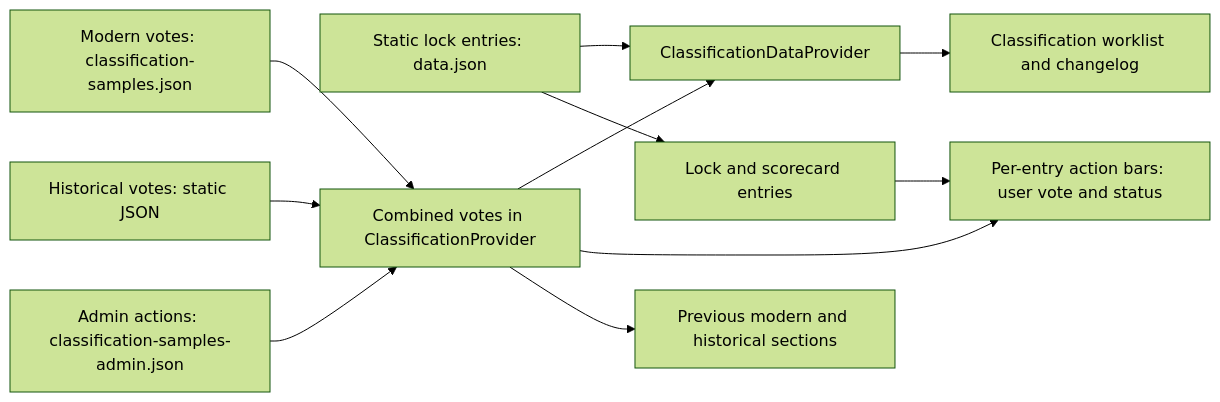
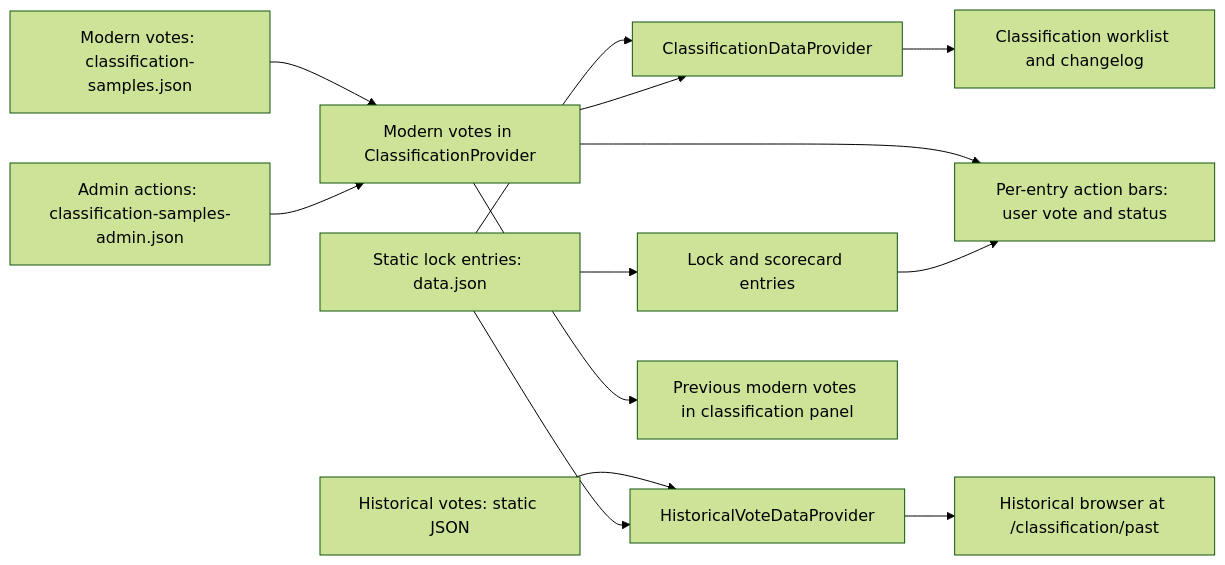
The diagram in internal-docs/classification-functionality-overview.md (Lockpickers-United/lpu-belt-explorer), drawn with Mermaid (forest theme) before and after one commit. The commit also changed other lines of this file and 19 other files, not shown here.

Commit message:
Historical Vote route, split off historical data

````diff
--- a/internal-docs/classification-functionality-overview.md
+++ b/internal-docs/classification-functionality-overview.md
@@ -28,13 +28,15 @@
 ```mermaid
 flowchart LR
     L[Static lock entries: data.json] --> C[ClassificationDataProvider]
-    V[Modern votes: classification-samples.json] --> P[Combined votes in ClassificationProvider]
-    H[Historical votes: static JSON] --> P
+    V[Modern votes: classification-samples.json] --> P[Modern votes in ClassificationProvider]
+    H[Historical votes: static JSON] --> HP[HistoricalVoteDataProvider]
     A[Admin actions: classification-samples-admin.json] --> P
     P --> C
     C --> W[Classification worklist and changelog]
+    L --> HP
+    HP --> Past[Historical browser at /classification/past]
     P --> B[Per-entry action bars: user vote and status]
     L --> K[Lock and scorecard entries]
     K --> B
-    P --> D[Previous modern and historical sections]
+    P --> D[Previous modern votes in classification panel]
 ```
````
